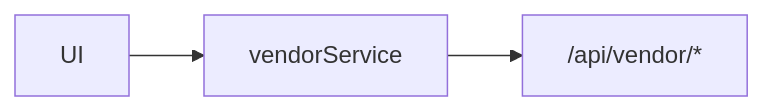
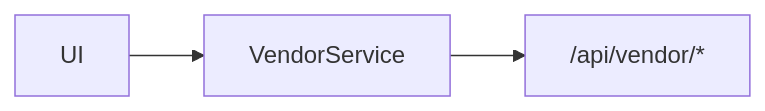
One commit to abh1hi/aura-shop changed the sixth of 9 diagrams in metainflu/frontend/client/src/services/SERVICES_DEVELOPER_DOCUMENTATION.md. Above: the diagram before and after it, drawn with Mermaid. The commit also changed other lines of this file, not shown here.

````diff
--- a/metainflu/frontend/client/src/services/SERVICES_DEVELOPER_DOCUMENTATION.md
+++ b/metainflu/frontend/client/src/services/SERVICES_DEVELOPER_DOCUMENTATION.md
@@ -246,4 +328,4 @@
 ```mermaid
 flowchart LR
-  UI --> vendorService --> /api/vendor/*
+  UI --> VendorService --> /api/vendor/*
 ```
````
